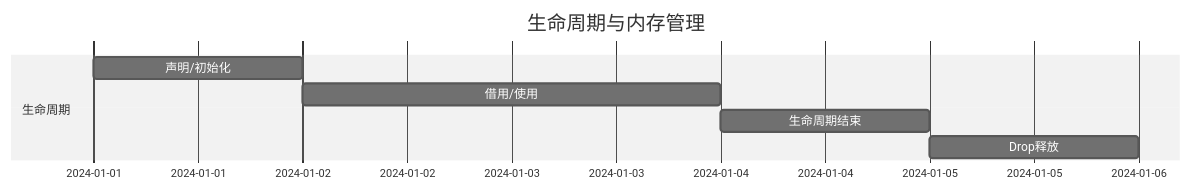
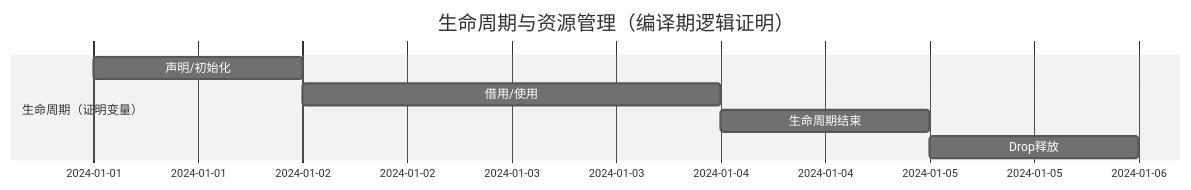
Before and after one commit to martin-ly/rust-lang: the second of 2 diagrams in docs/docs/language/core/01_ownership_borrowing/04_memory_management.md, drawn with Mermaid (neutral theme). The commit also changed other lines of this file and 51 other files, not shown here.

````diff
--- a/docs/docs/language/core/01_ownership_borrowing/04_memory_management.md
+++ b/docs/docs/language/core/01_ownership_borrowing/04_memory_management.md
@@ -123,9 +139,9 @@
 ```mermaid
 gantt
-title 生命周期与内存管理
-    section 生命周期
+title 生命周期与资源管理（编译期逻辑证明）
+    section 生命周期（证明变量）
     声明/初始化 :a1, 2024-01-01, 1d
     借用/使用   :a2, after a1, 2d
     生命周期结束 :a3, after a2, 1d
     Drop释放   :a4, after a3, 1d
 ```
````
